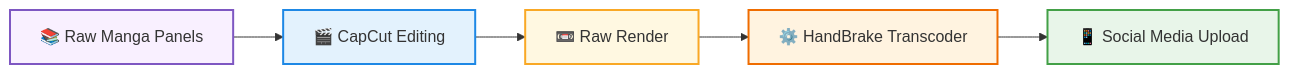
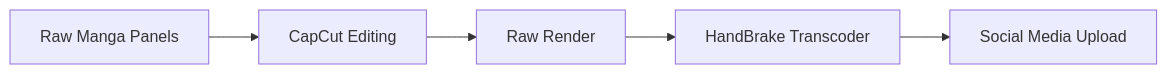
One commit to Stephanie0i/manga-motion-optimization-pipeline changed the first of 5 diagrams in README.md. Above: the diagram before and after it, drawn with Mermaid. The commit also changed other lines of this file, not shown here.

First line of the commit message:
Revise README for Manga Motion Optimization Pipeline

````diff
--- a/README.md
+++ b/README.md
@@ -57,13 +17,7 @@
 ```mermaid
 graph LR
-    A[📚 Raw Manga Panels] --> B[🎬 CapCut Editing]
-    B --> C[📼 Raw Render]
-    C --> D[⚙️ HandBrake Transcoder]
-    D --> E[📱 Social Media Upload]
-
-    style A fill:#f9f0ff,stroke:#7e57c2,stroke-width:2px
-    style B fill:#e3f2fd,stroke:#1e88e5,stroke-width:2px
-    style C fill:#fff8e1,stroke:#f9a825,stroke-width:2px
-    style D fill:#fff3e0,stroke:#ef6c00,stroke-width:2px
-    style E fill:#e8f5e9,stroke:#43a047,stroke-width:2px
+    A[Raw Manga Panels] --> B[CapCut Editing]
+    B --> C[Raw Render]
+    C --> D[HandBrake Transcoder]
+    D --> E[Social Media Upload]
 ```
````
